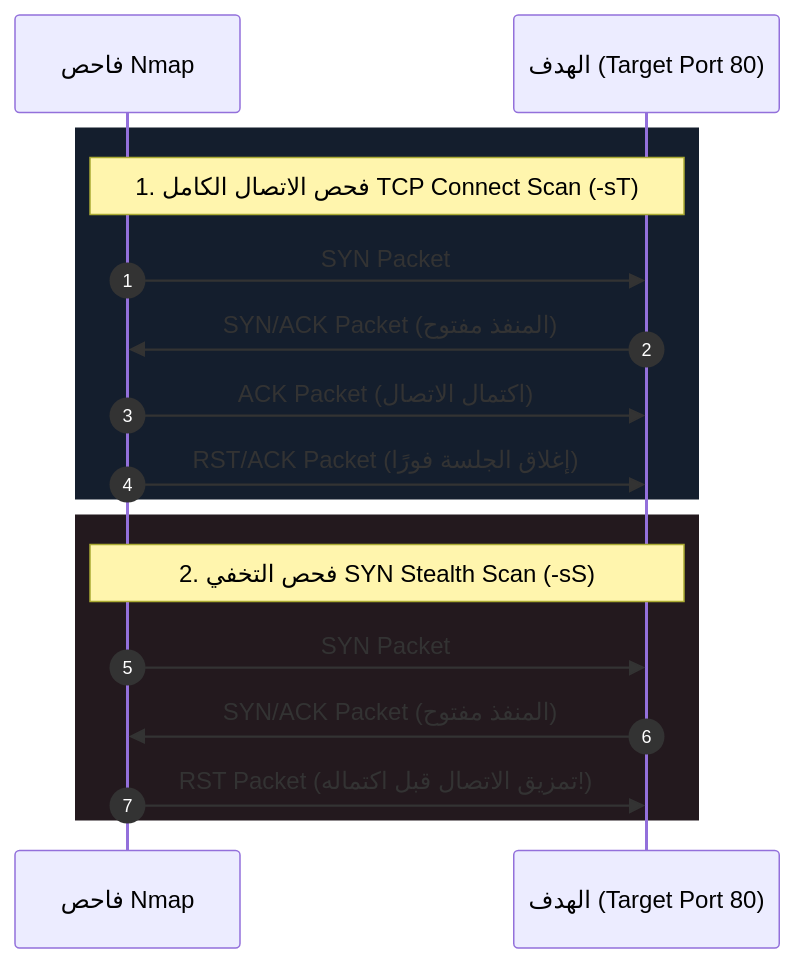
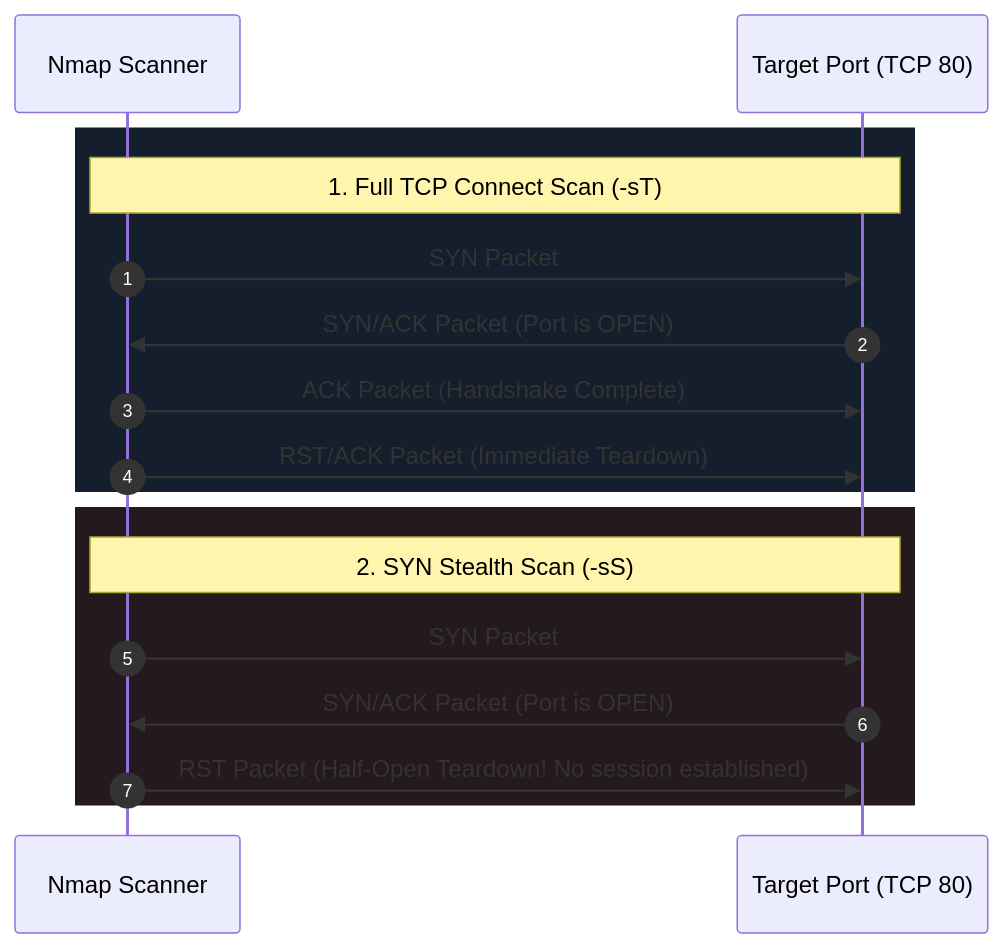
One commit to 3bdo-fathi/3bdo-fathi.github.io changed the second of 3 diagrams in _posts/2026-11-12-ecppt-v3-part-3-network-penetration-testing.md. Above: the diagram before and after it, drawn with Mermaid. The commit also changed other lines of this file and 11 other files, not shown here.

````diff
--- a/_posts/2026-11-12-ecppt-v3-part-3-network-penetration-testing.md
+++ b/_posts/2026-11-12-ecppt-v3-part-3-network-penetration-testing.md
@@ -75,21 +77,21 @@
 ```mermaid
 sequenceDiagram
     autonumber
-    participant Attacker as فاحص Nmap
-    participant Target as الهدف (Target Port 80)
+    participant Scanner as Nmap Scanner
+    participant Target as Target Port (TCP 80)
     
     rect rgb(20, 30, 45)
-        Note over Attacker,Target: 1. فحص الاتصال الكامل TCP Connect Scan (-sT)
-        Attacker->>Target: SYN Packet
-        Target->>Attacker: SYN/ACK Packet (المنفذ مفتوح)
-        Attacker->>Target: ACK Packet (اكتمال الاتصال)
-        Attacker->>Target: RST/ACK Packet (إغلاق الجلسة فورًا)
+        Note over Scanner,Target: 1. Full TCP Connect Scan (-sT)
+        Scanner->>Target: SYN Packet
+        Target->>Scanner: SYN/ACK Packet (Port is OPEN)
+        Scanner->>Target: ACK Packet (Handshake Complete)
+        Scanner->>Target: RST/ACK Packet (Immediate Teardown)
     end
     
     rect rgb(35, 25, 30)
-        Note over Attacker,Target: 2. فحص التخفي SYN Stealth Scan (-sS)
-        Attacker->>Target: SYN Packet
-        Target->>Attacker: SYN/ACK Packet (المنفذ مفتوح)
-        Attacker->>Target: RST Packet (تمزيق الاتصال قبل اكتماله!)
+        Note over Scanner,Target: 2. SYN Stealth Scan (-sS)
+        Scanner->>Target: SYN Packet
+        Target->>Scanner: SYN/ACK Packet (Port is OPEN)
+        Scanner->>Target: RST Packet (Half-Open Teardown! No session established)
     end
 ```
````
